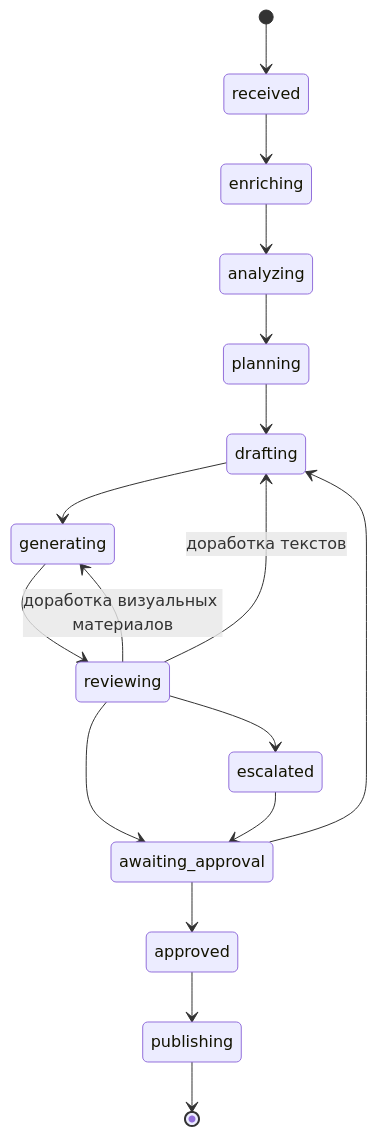
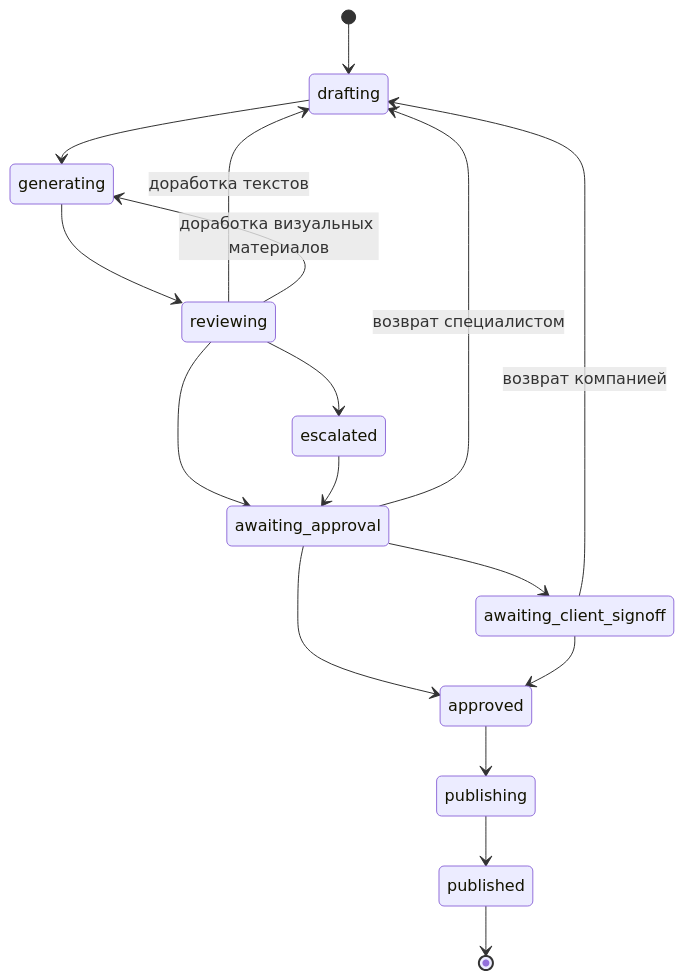
Before and after one commit to erzetix/Erzetix-AI-Studio-B2B: the third of 3 diagrams in docs/ARCHITECTURE.md, drawn with Mermaid. The commit also changed other lines of this file and 49 other files, not shown here.

````diff
--- a/docs/ARCHITECTURE.md
+++ b/docs/ARCHITECTURE.md
@@ -51,19 +66,19 @@
 ```mermaid
 stateDiagram-v2
-    [*] --> received
-    received --> enriching
-    enriching --> analyzing
-    analyzing --> planning
-    planning --> drafting
+    [*] --> drafting
     drafting --> generating
     generating --> reviewing
     reviewing --> drafting: доработка текстов
     reviewing --> generating: доработка визуальных материалов
     reviewing --> awaiting_approval
     reviewing --> escalated
+    escalated --> awaiting_approval
     awaiting_approval --> approved
-    awaiting_approval --> drafting
-    escalated --> awaiting_approval
+    awaiting_approval --> awaiting_client_signoff
+    awaiting_approval --> drafting: возврат специалистом
+    awaiting_client_signoff --> approved
+    awaiting_client_signoff --> drafting: возврат компанией
     approved --> publishing
-    publishing --> [*]
+    publishing --> published
+    published --> [*]
 ```
````
